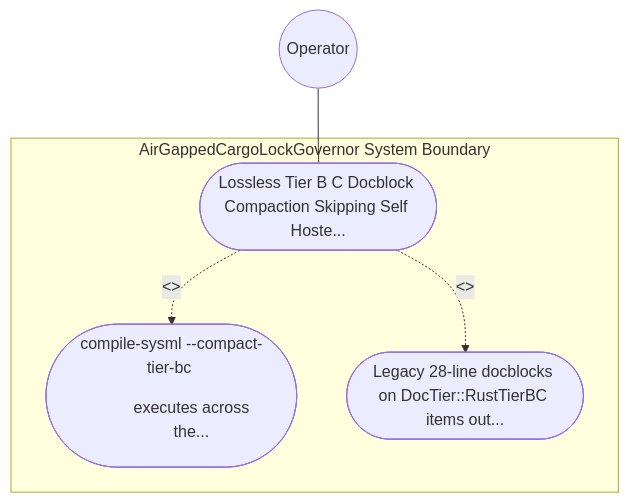
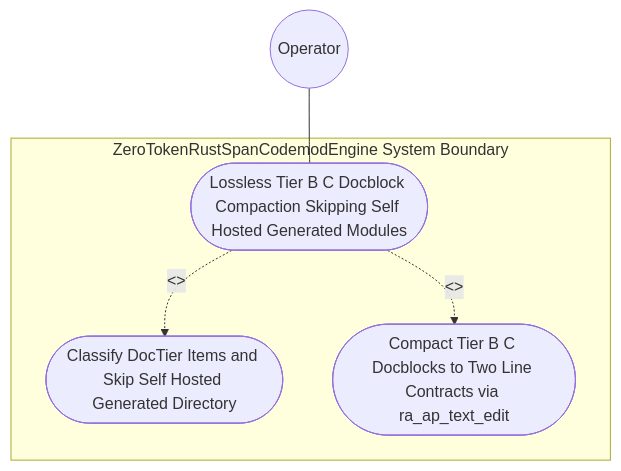
The first of 2 diagrams in .pipeline/upstream/docs/use-cases/UC-41-Lossless_Tier_B_C_Docblock_Compaction_Skipping_Self_Hosted_Generated_Modules.md (gintatkinson/DEAP01-spec-core), drawn with Mermaid before and after one commit. The commit also changed other lines of this file and 225 other files, not shown here.

````diff
--- a/.pipeline/upstream/docs/use-cases/UC-41-Lossless_Tier_B_C_Docblock_Compaction_Skipping_Self_Hosted_Generated_Modules.md
+++ b/.pipeline/upstream/docs/use-cases/UC-41-Lossless_Tier_B_C_Docblock_Compaction_Skipping_Self_Hosted_Generated_Modules.md
@@ -16,11 +17,11 @@
 ```mermaid
 graph TD
-    subgraph "AirGappedCargoLockGovernor System Boundary"
-        UC_Main(["Lossless Tier B C Docblock Compaction Skipping Self Hoste..."])
-        UC_Step01(["compile-sysml --compact-tier-bc <DIR> executes across the..."])
-        UC_Step02(["Legacy 28-line docblocks on DocTier::RustTierBC items out..."])
+    subgraph "ZeroTokenRustSpanCodemodEngine System Boundary"
+        UC_Main(["Lossless Tier B C Docblock Compaction Skipping Self Hosted Generated Modules"])
+        UC_Step01(["Classify DocTier Items and Skip Self Hosted Generated Directory"])
+        UC_Step02(["Compact Tier B C Docblocks to Two Line Contracts via ra_ap_text_edit"])
     end
     Operator(("Operator")) --- UC_Main
     UC_Main -. "<<include>>" .-> UC_Step01
     UC_Main -. "<<include>>" .-> UC_Step02
 ```
````
